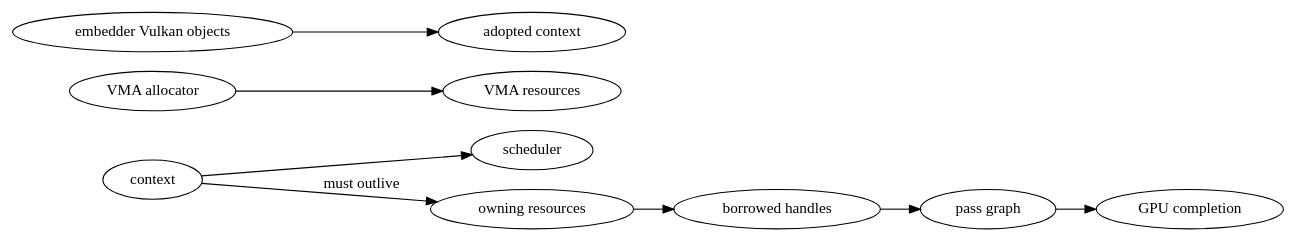
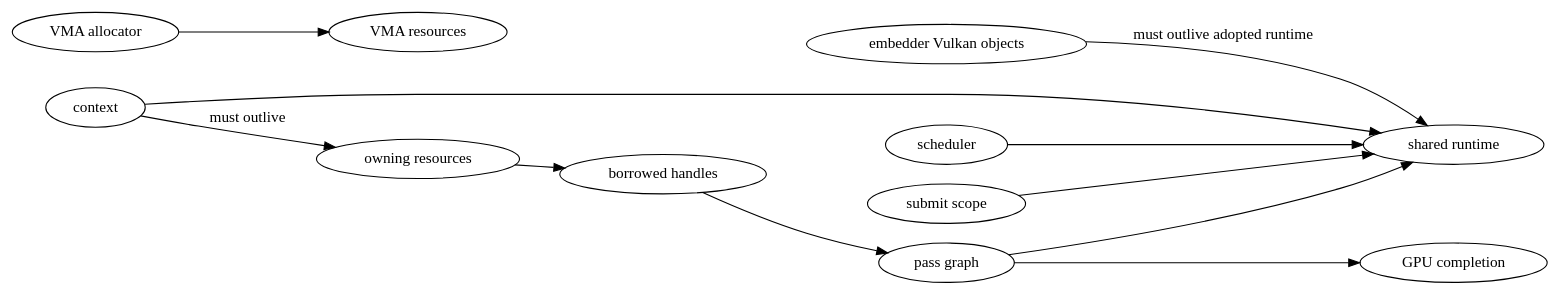
The diagram in docs/architecture/diagrams/ownership.dot (janagor/vkexec), drawn with Graphviz before and after one commit. The commit also changed 16 other files, not shown here.

Commit message:
refactor(context): retain shared runtime across async execution

```diff
--- a/docs/architecture/diagrams/ownership.dot
+++ b/docs/architecture/diagrams/ownership.dot
@@ -1,8 +1,11 @@
 digraph ownership {
   rankdir=LR;
-  context -> scheduler;
+  context -> "shared runtime";
+  scheduler -> "shared runtime";
+  "pass graph" -> "shared runtime";
+  "submit scope" -> "shared runtime";
   context -> "owning resources" [label="must outlive"];
   "owning resources" -> "borrowed handles" -> "pass graph" -> "GPU completion";
   "VMA allocator" -> "VMA resources";
-  "embedder Vulkan objects" -> "adopted context";
+  "embedder Vulkan objects" -> "shared runtime" [label="must outlive adopted runtime"];
 }
```
